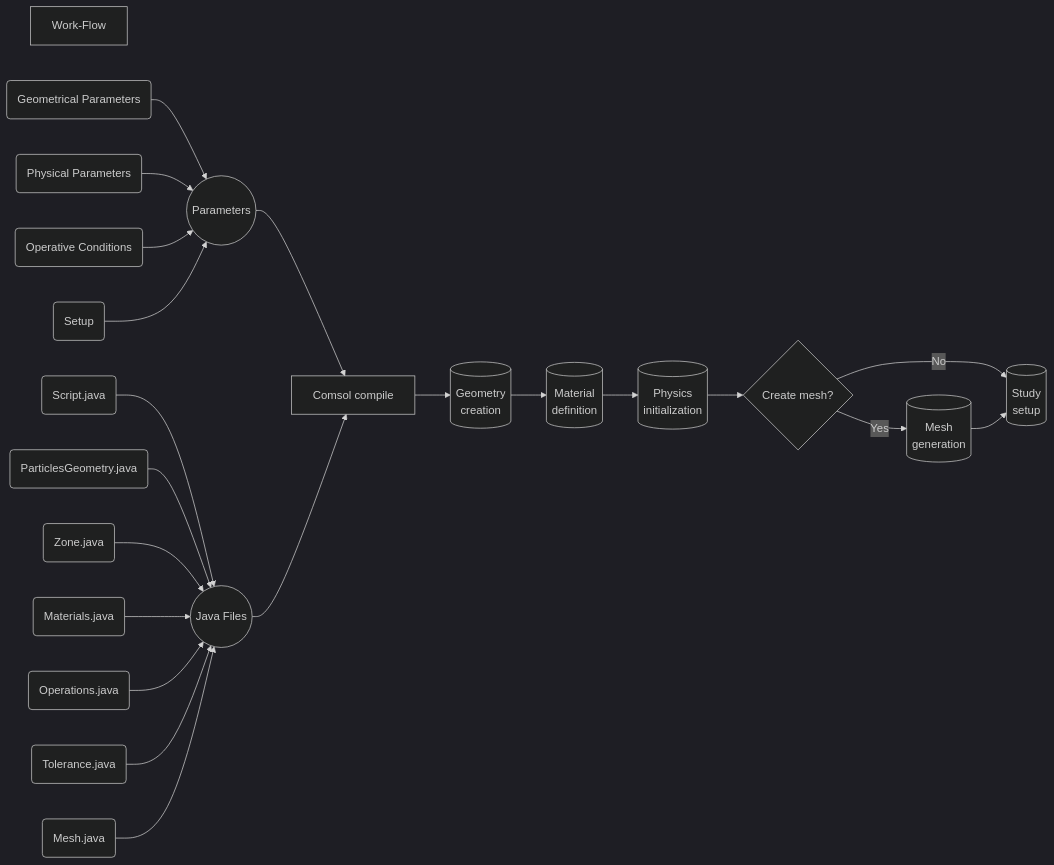
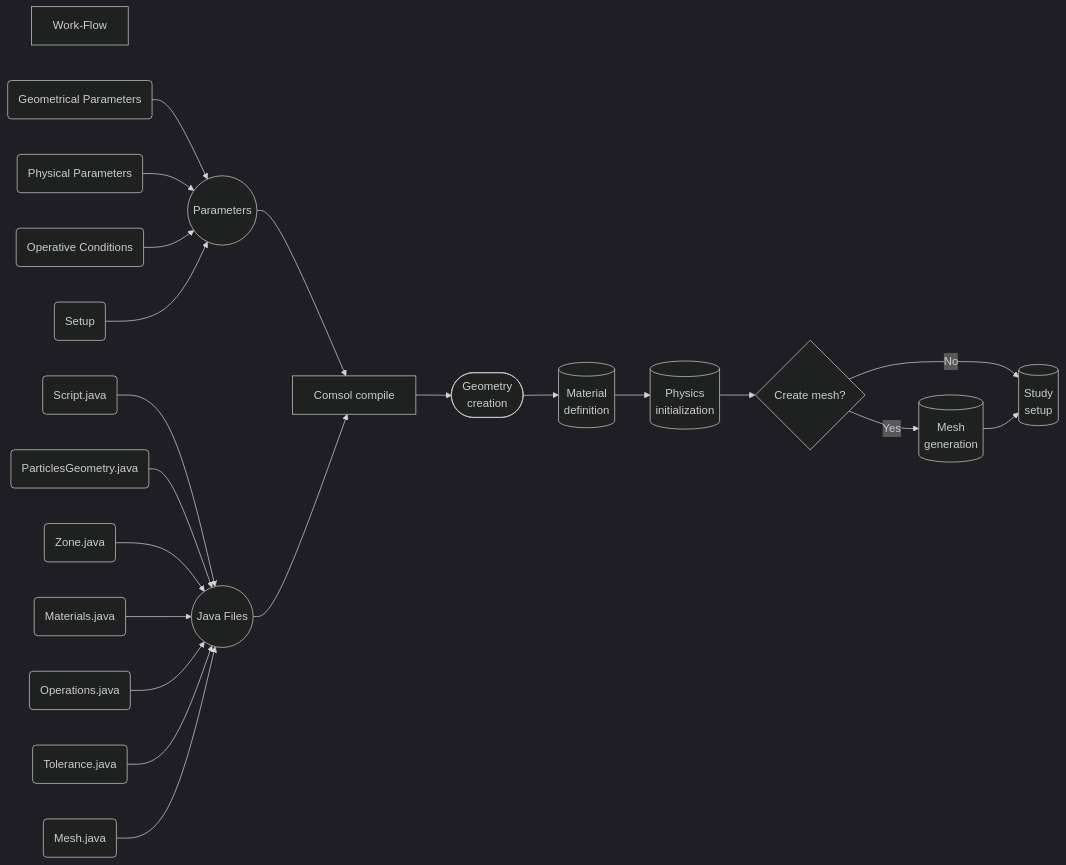
Before and after one commit to mulmopro/battery_porescale: the diagram in README.md, drawn with Mermaid (dark theme).

````diff
--- a/README.md
+++ b/README.md
@@ -7,24 +7,24 @@
 ```mermaid
 graph LR
 TOP[Work-Flow]
   IN1(Geometrical Parameters)-->O1((Parameters))
   IN2(Physical Parameters)-->O1
   IN3(Operative Conditions)-->O1
   IN4(Setup)-->O1
   IN5(Script.java)-->O2((Java Files))
   IN6(ParticlesGeometry.java)-->O2
   IN7(Zone.java)-->O2
   IN8(Materials.java)-->O2
   IN9(Operations.java)-->O2
   IN10(Tolerance.java)-->O2
   IN11(Mesh.java)-->O2
   O1-->BLK1[Comsol compile]
   O2-->BLK1
-  BLK1-->PK1[(Geometry <br> creation)]
+  BLK1-->PK1([Geometry <br> creation])
   PK1-->PK2[(Material <br> definition)]
   PK2-->PK3[(Physics <br> initialization)]
   PK3-->PK4{Create mesh?}
   PK4-->|Yes|PK5[(Mesh <br> generation)]
   PK4-->|No|PK6[(Study <br> setup)]
   PK5-->PK6
 ```
````
